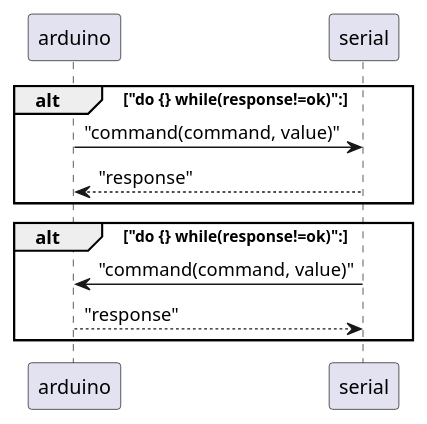
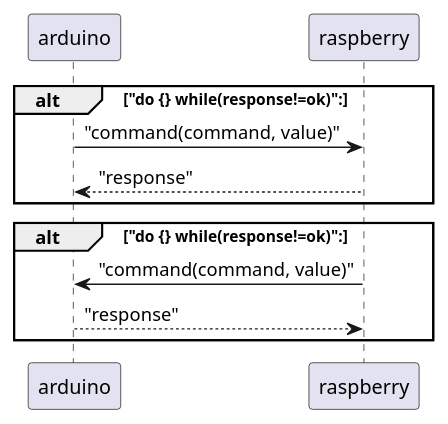
The diagram in design/acc/serial.puml (giuliobosco/freqline), drawn with PlantUML before and after one commit. The commit also changed 1 other file, not shown here.

Commit message:
fix design/acc/serial - raspberry

```diff
--- a/design/acc/serial.puml
+++ b/design/acc/serial.puml
@@ -1,13 +1,13 @@
 @startuml
 
 alt "do {} while(response!=ok)":
-    arduino -> serial : "command(command, value)"
-    serial --> arduino : "response"
+    arduino -> raspberry : "command(command, value)"
+    raspberry --> arduino : "response"
 end
 
 alt "do {} while(response!=ok)":
-    serial -> arduino : "command(command, value)"
-    arduino --> serial : "response"
+    raspberry -> arduino : "command(command, value)"
+    arduino --> raspberry : "response"
 end
 
 @enduml
```
